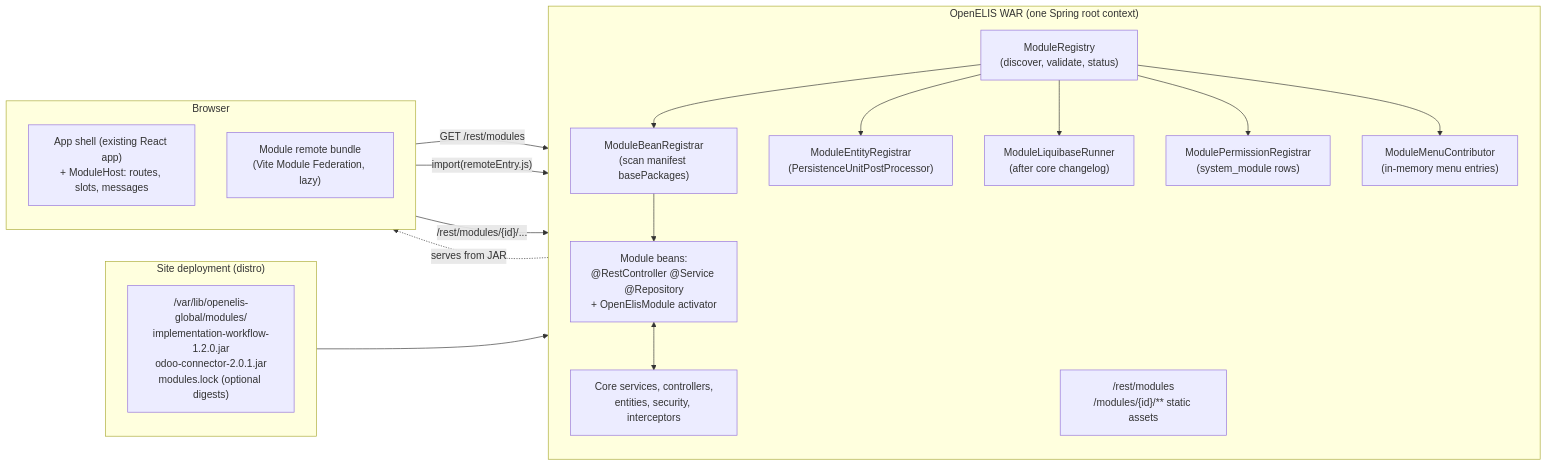
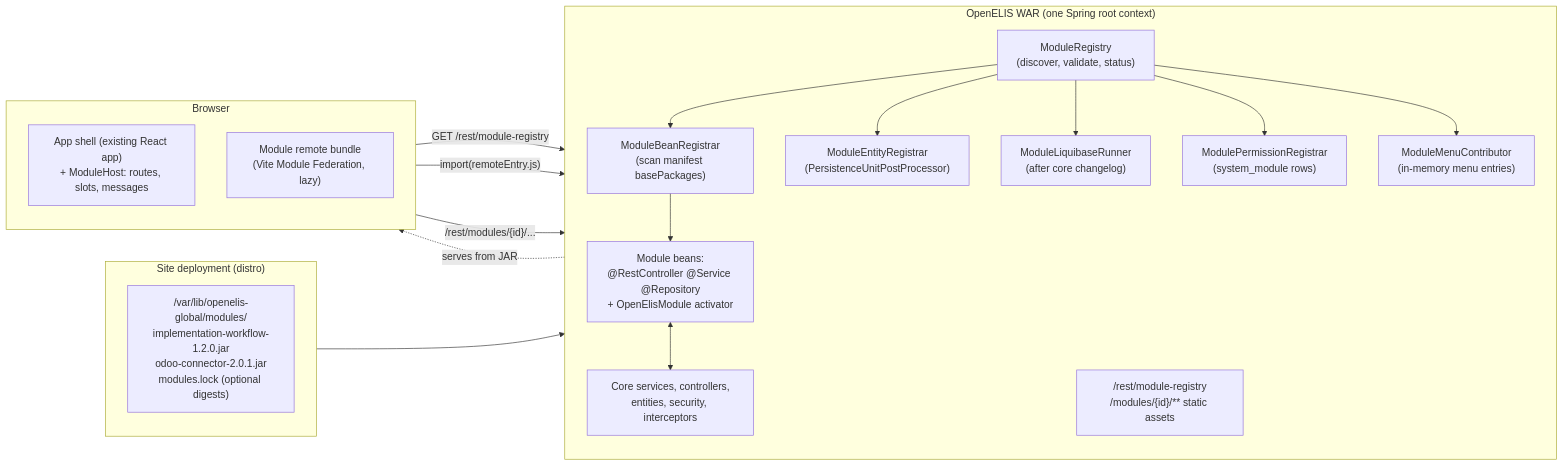
The first of 8 diagrams in specs/plans/module-system-architecture.md (DIGI-UW/OpenELIS-Global-2), drawn with Mermaid before and after one commit. The commit also changed other lines of this file, not shown here.

First line of the commit message:
docs(architecture): address review on the module system design (OGC-1577)

````diff
--- a/specs/plans/module-system-architecture.md
+++ b/specs/plans/module-system-architecture.md
@@ -232,35 +232,35 @@
 ```mermaid
 flowchart LR
   subgraph Site["Site deployment (distro)"]
     direction TB
     Vol["/var/lib/openelis-global/modules/<br/>implementation-workflow-1.2.0.jar<br/>odoo-connector-2.0.1.jar<br/>modules.lock (optional digests)"]
   end
   subgraph Webapp["OpenELIS WAR (one Spring root context)"]
     direction TB
     Reg["ModuleRegistry<br/>(discover, validate, status)"]
     Scan["ModuleBeanRegistrar<br/>(scan manifest basePackages)"]
     Ent["ModuleEntityRegistrar<br/>(PersistenceUnitPostProcessor)"]
     Mig["ModuleLiquibaseRunner<br/>(after core changelog)"]
     Perm["ModulePermissionRegistrar<br/>(system_module rows)"]
     Menu["ModuleMenuContributor<br/>(in-memory menu entries)"]
-    API["/rest/modules<br/>/modules/{id}/** static assets"]
+    API["/rest/module-registry<br/>/modules/{id}/** static assets"]
     Core["Core services, controllers,<br/>entities, security, interceptors"]
     ModBeans["Module beans:<br/>@RestController @Service @Repository<br/>+ OpenElisModule activator"]
   end
   subgraph Browser["Browser"]
     direction TB
     Shell["App shell (existing React app)<br/>+ ModuleHost: routes, slots, messages"]
     Remote["Module remote bundle<br/>(Vite Module Federation, lazy)"]
   end
   Vol --> Reg
   Reg --> Scan --> ModBeans
   Reg --> Ent
   Reg --> Mig
   Reg --> Perm
   Reg --> Menu
   ModBeans <--> Core
-  Shell -- "GET /rest/modules" --> API
+  Shell -- "GET /rest/module-registry" --> API
   Shell -- "import(remoteEntry.js)" --> API
   API -. serves from JAR .-> Remote
   Remote -- "/rest/modules/{id}/..." --> ModBeans
 ```
````
